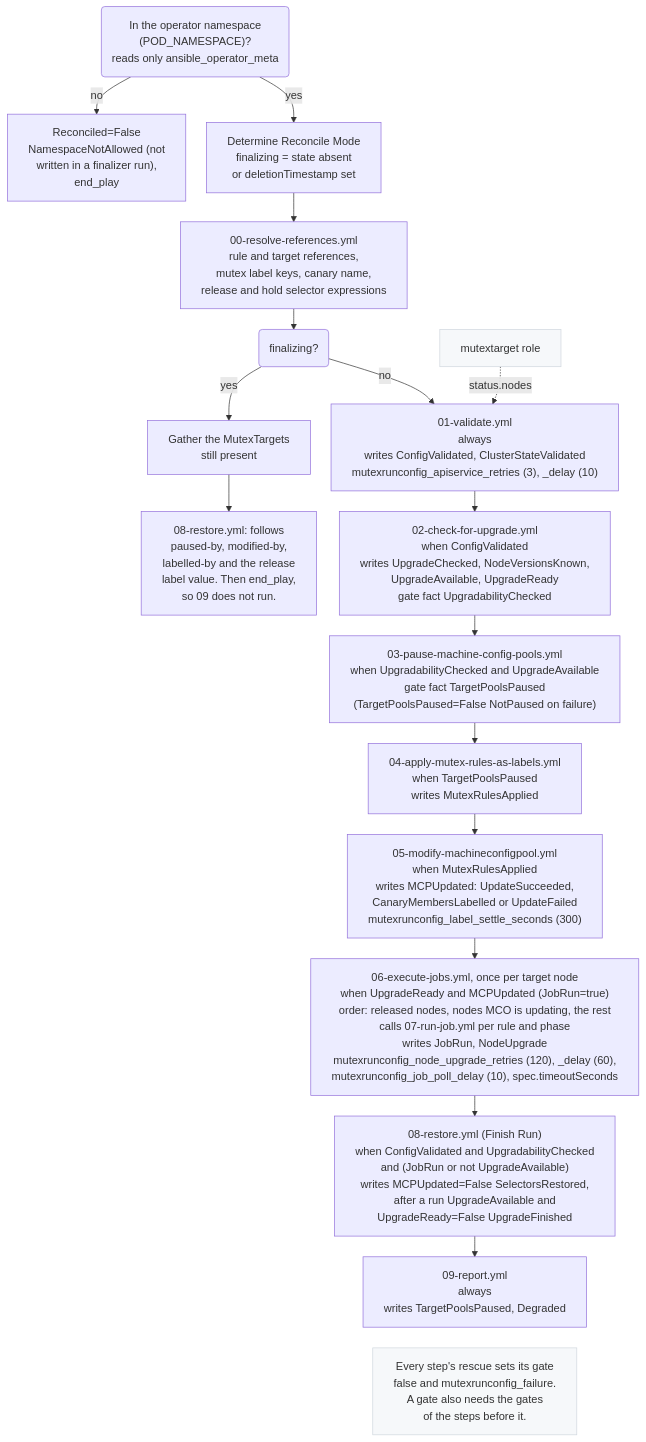
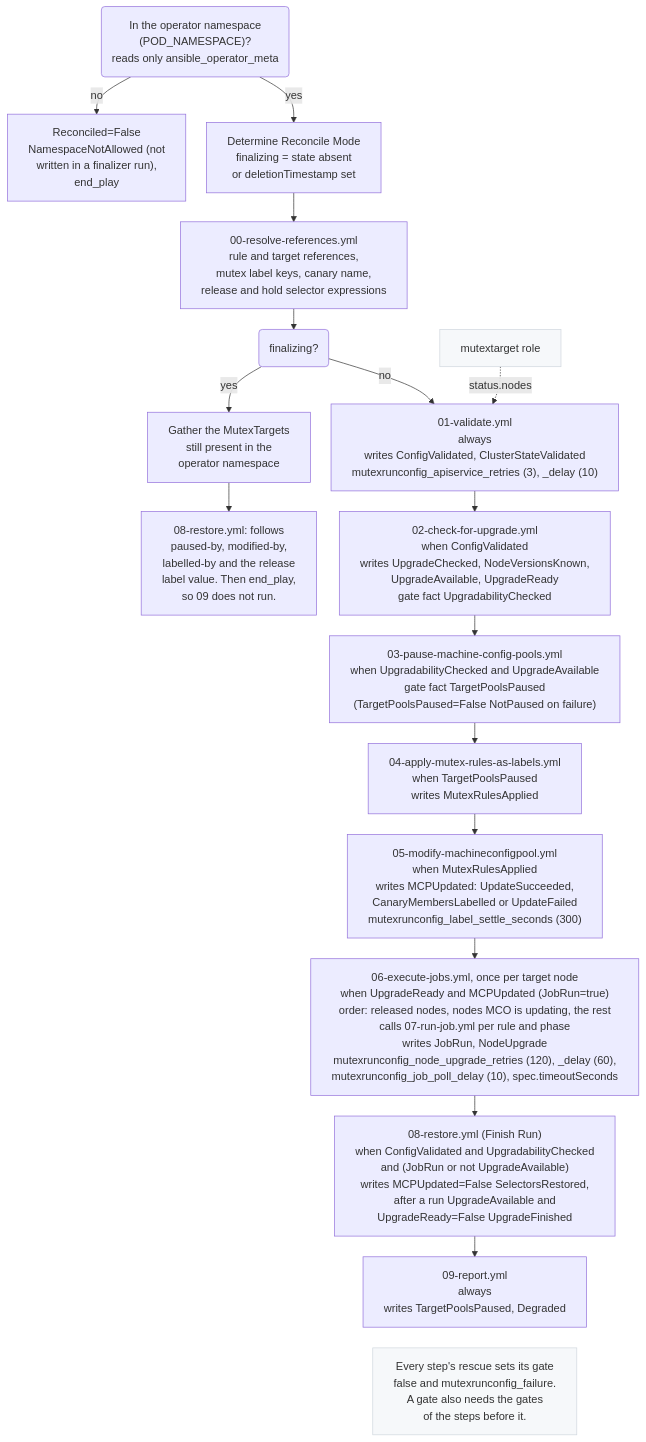
The diagram in docs/diagrams/reconcile-pipeline.mmd (shpwrck/openshift-node-upgrade-mutex-operator), drawn with Mermaid before and after one commit. The commit also changed 16 other files, not shown here.

```diff
--- a/docs/diagrams/reconcile-pipeline.mmd
+++ b/docs/diagrams/reconcile-pipeline.mmd
@@ -1,39 +1,39 @@
 ---
 config:
   themeCSS: ".edgeLabel rect { opacity: 1 !important; fill: #ffffff !important; }"
   flowchart:
     wrappingWidth: 500
     nodeSpacing: 30
     rankSpacing: 30
 ---
 flowchart TD
   accTitle: The mutexrunconfig role's reconcile pipeline
   accDescr: The mutexrunconfig role's reconcile pipeline: task files in order, the gate that decides whether each runs, and the conditions each writes.
 
   ns("In the operator namespace<br/>(POD_NAMESPACE)?<br/>reads only ansible_operator_meta")
   out["Reconciled=False<br/>NamespaceNotAllowed (not<br/>written in a finalizer run),<br/>end_play"]
   mode["Determine Reconcile Mode<br/>finalizing = state absent<br/>or deletionTimestamp set"]
   r00["00-resolve-references.yml<br/>rule and target references,<br/>mutex label keys, canary name,<br/>release and hold selector expressions"]
   fin("finalizing?")
-  gather["Gather the MutexTargets<br/>still present"]
+  gather["Gather the MutexTargets<br/>still present in the<br/>operator namespace"]
   restoreF["08-restore.yml: follows<br/>paused-by, modified-by,<br/>labelled-by and the release<br/>label value. Then end_play,<br/>so 09 does not run."]
   v01["01-validate.yml<br/>always<br/>writes ConfigValidated, ClusterStateValidated<br/>mutexrunconfig_apiservice_retries (3), _delay (10)"]
   c02["02-check-for-upgrade.yml<br/>when ConfigValidated<br/>writes UpgradeChecked, NodeVersionsKnown,<br/>UpgradeAvailable, UpgradeReady<br/>gate fact UpgradabilityChecked"]
   p03["03-pause-machine-config-pools.yml<br/>when UpgradabilityChecked and UpgradeAvailable<br/>gate fact TargetPoolsPaused<br/>(TargetPoolsPaused=False NotPaused on failure)"]
   l04["04-apply-mutex-rules-as-labels.yml<br/>when TargetPoolsPaused<br/>writes MutexRulesApplied"]
   m05["05-modify-machineconfigpool.yml<br/>when MutexRulesApplied<br/>writes MCPUpdated: UpdateSucceeded,<br/>CanaryMembersLabelled or UpdateFailed<br/>mutexrunconfig_label_settle_seconds (300)"]
   j06["06-execute-jobs.yml, once per target node<br/>when UpgradeReady and MCPUpdated (JobRun=true)<br/>order: released nodes, nodes MCO is updating, the rest<br/>calls 07-run-job.yml per rule and phase<br/>writes JobRun, NodeUpgrade<br/>mutexrunconfig_node_upgrade_retries (120), _delay (60),<br/>mutexrunconfig_job_poll_delay (10), spec.timeoutSeconds"]
   r08["08-restore.yml (Finish Run)<br/>when ConfigValidated and UpgradabilityChecked<br/>and (JobRun or not UpgradeAvailable)<br/>writes MCPUpdated=False SelectorsRestored,<br/>after a run UpgradeAvailable and<br/>UpgradeReady=False UpgradeFinished"]
   rep09["09-report.yml<br/>always<br/>writes TargetPoolsPaused, Degraded"]
   mt["mutextarget role"]
   rescue["Every step's rescue sets its gate<br/>false and mutexrunconfig_failure.<br/>A gate also needs the gates<br/>of the steps before it."]
 
   ns -- no --> out
   ns -- yes --> mode --> r00 --> fin
   fin -- yes --> gather --> restoreF
   fin -- no --> v01 --> c02 --> p03 --> l04 --> m05 --> j06 --> r08 --> rep09
   mt -. "status.nodes" .-> v01
   rep09 ~~~ rescue
 
   classDef note fill:#f6f8fa,stroke:#d0d7de
   class rescue,mt note
```
